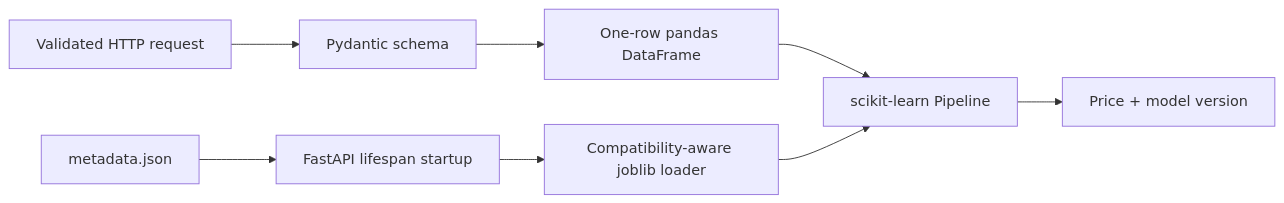
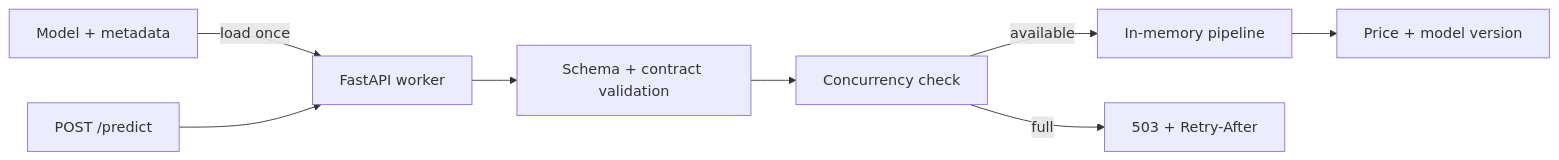
The diagram in README.md (Lenasim/vehicle-price-estimation), drawn with Mermaid before and after one commit. The commit also changed other lines of this file and 2 other files, not shown here.

````diff
--- a/README.md
+++ b/README.md
@@ -99,11 +63,10 @@
 ```mermaid
 flowchart LR
-    Request[Validated HTTP request] --> Schema[Pydantic schema]
-    Schema --> Frame[One-row pandas DataFrame]
-    Frame --> Pipeline[scikit-learn Pipeline]
+    Artifacts[Model + metadata] -->|load once| Worker[FastAPI worker]
+    Request[POST /predict] --> Worker
+    Worker --> Validation[Schema + contract validation]
+    Validation --> Capacity[Concurrency check]
+    Capacity -->|available| Pipeline[In-memory pipeline]
+    Capacity -->|full| Busy[503 + Retry-After]
     Pipeline --> Response[Price + model version]
-
-    Startup[FastAPI lifespan startup] --> Loader[Compatibility-aware joblib loader]
-    Loader --> Pipeline
-    Metadata[metadata.json] --> Startup
 ```
````
